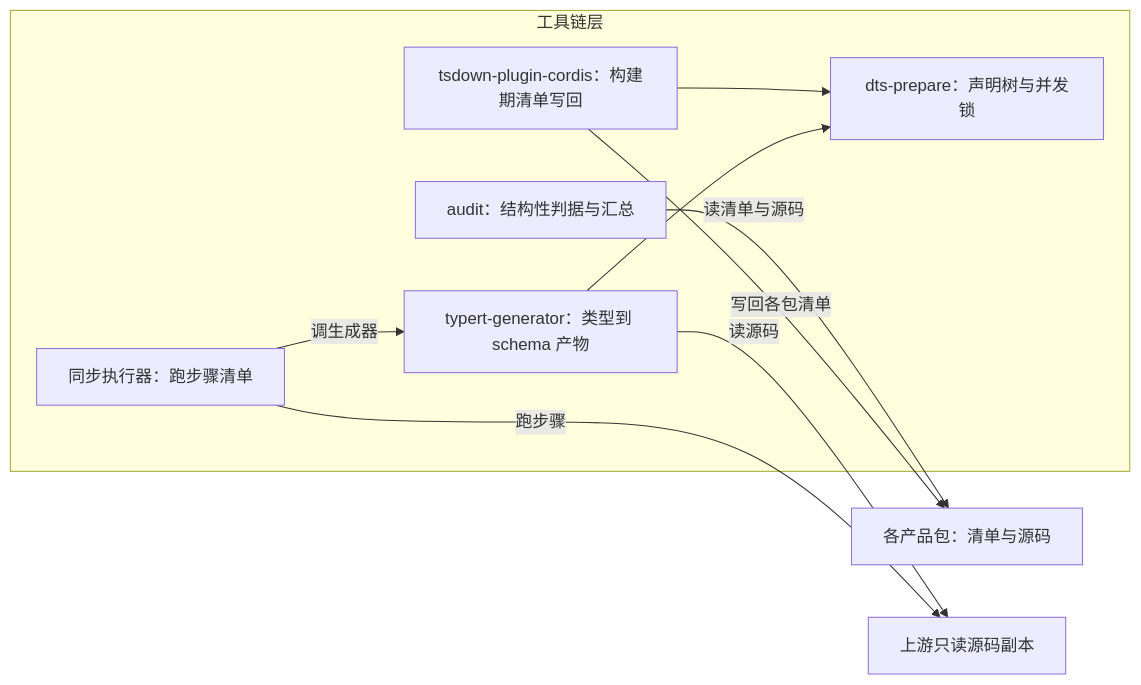
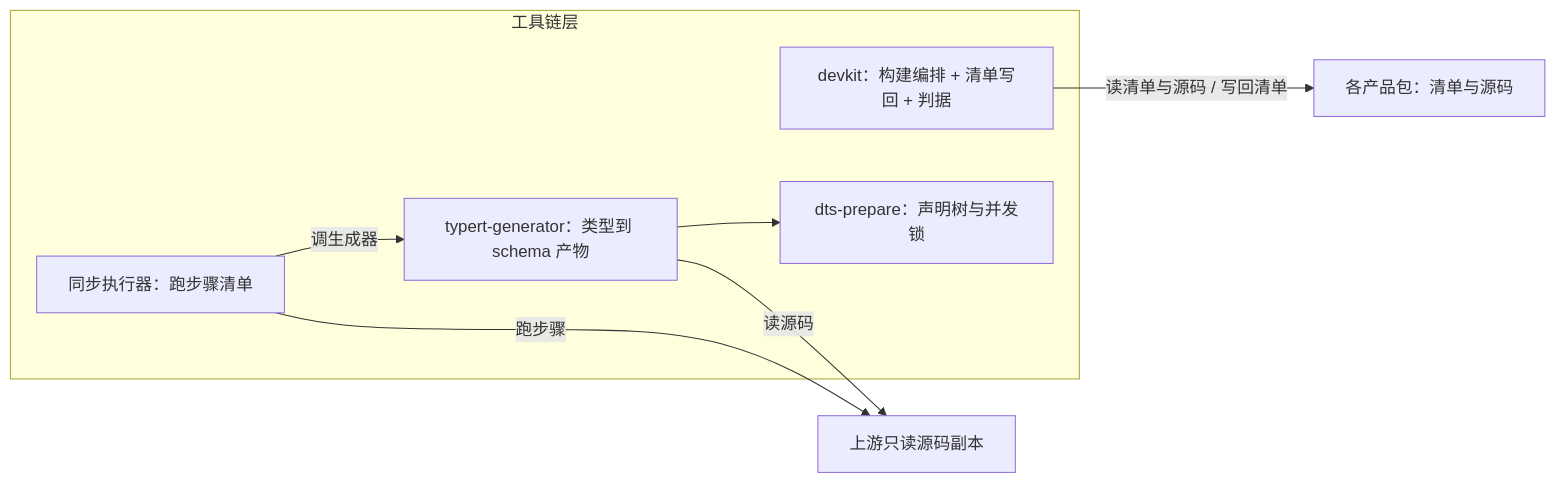
Before and after one commit to morlay/dsh-plugin: the diagram in devpackages/.agents/designs/20261113-工具链层.md, drawn with Mermaid. The commit also changed other lines of this file and 21 other files, not shown here.

First line of the commit message:
chore(devpackages): 迁移收尾——删 tsdown-plugin-cordis、设计文档与描述同步到 devkit

````diff
--- a/devpackages/.agents/designs/20261113-工具链层.md
+++ b/devpackages/.agents/designs/20261113-工具链层.md
@@ -12,19 +12,16 @@
 ```mermaid
 flowchart LR
   subgraph 工具链层
-    AUD[audit：结构性判据与汇总]
+    DEV[devkit：构建编排 + 清单写回 + 判据]
     DTS[dts-prepare：声明树与并发锁]
     TYP[typert-generator：类型到 schema 产物]
-    TSD[tsdown-plugin-cordis：构建期清单写回]
     SYNC[同步执行器：跑步骤清单]
   end
   PKG[各产品包：清单与源码]
   UP[上游只读源码副本]
-  AUD -->|读清单与源码| PKG
-  TSD --> DTS
+  DEV -->|读清单与源码 / 写回清单| PKG
   TYP --> DTS
   TYP -->|读源码| UP
-  TSD -->|写回各包清单| PKG
   SYNC -->|跑步骤| UP
   SYNC -->|调生成器| TYP
 ```
````
